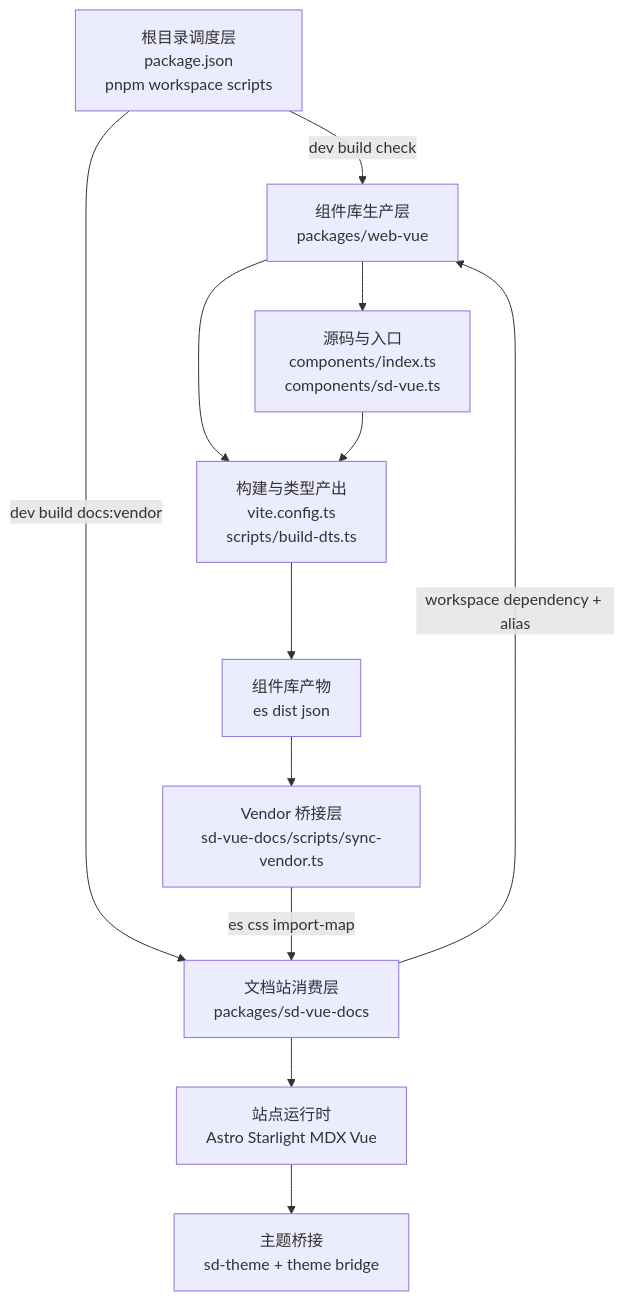
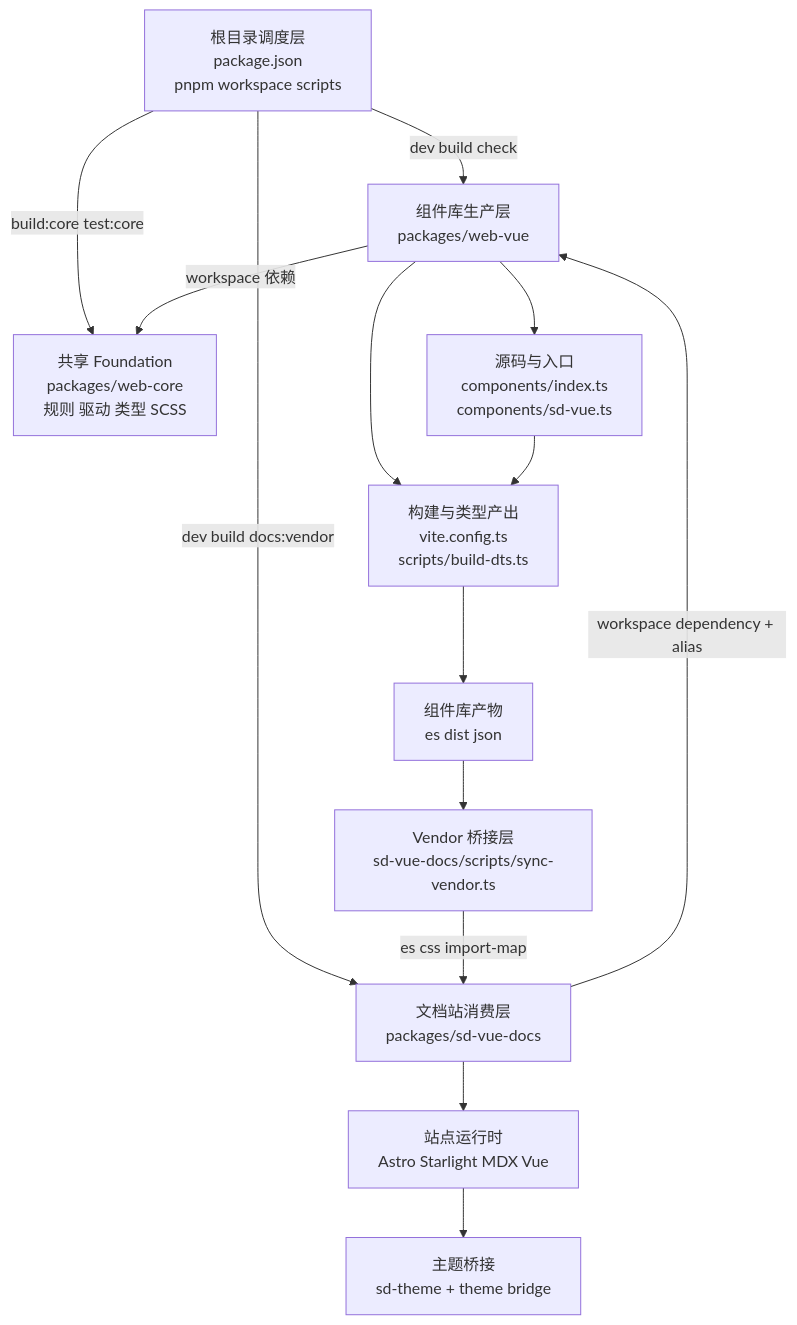
One commit to liunnn1994/sd-design changed the first of 3 diagrams in ARCHITECTURE.md. Above: the diagram before and after it, drawn with Mermaid. The commit also changed other lines of this file and 1624 other files, not shown here.

````diff
--- a/ARCHITECTURE.md
+++ b/ARCHITECTURE.md
@@ -28,24 +31,27 @@
 ```mermaid
 flowchart TD
 	Root[根目录调度层\npackage.json\npnpm workspace scripts]
+	Core[共享 Foundation\npackages/web-core\n规则 驱动 类型 SCSS]
 	WebVue[组件库生产层\npackages/web-vue]
 	Components[源码与入口\ncomponents/index.ts\ncomponents/sd-vue.ts]
 	Build[构建与类型产出\nvite.config.ts\nscripts/build-dts.ts]
 	Artifacts[组件库产物\nes dist json]
 	Vendor[Vendor 桥接层\nsd-vue-docs/scripts/sync-vendor.ts]
 	Docs[文档站消费层\npackages/sd-vue-docs]
 	Runtime[站点运行时\nAstro Starlight MDX Vue]
 	Theme[主题桥接\nsd-theme + theme bridge]
 
 	Root -->|dev build check| WebVue
+	Root -->|build:core test:core| Core
+	WebVue -->|workspace 依赖| Core
 	Root -->|dev build docs:vendor| Docs
 	WebVue --> Components
 	WebVue --> Build
 	Components --> Build
 	Build --> Artifacts
 	Artifacts --> Vendor
 	Vendor -->|es css import-map| Docs
 	Docs --> Runtime
 	Runtime --> Theme
 	Docs -->|workspace dependency + alias| WebVue
 ```
````
